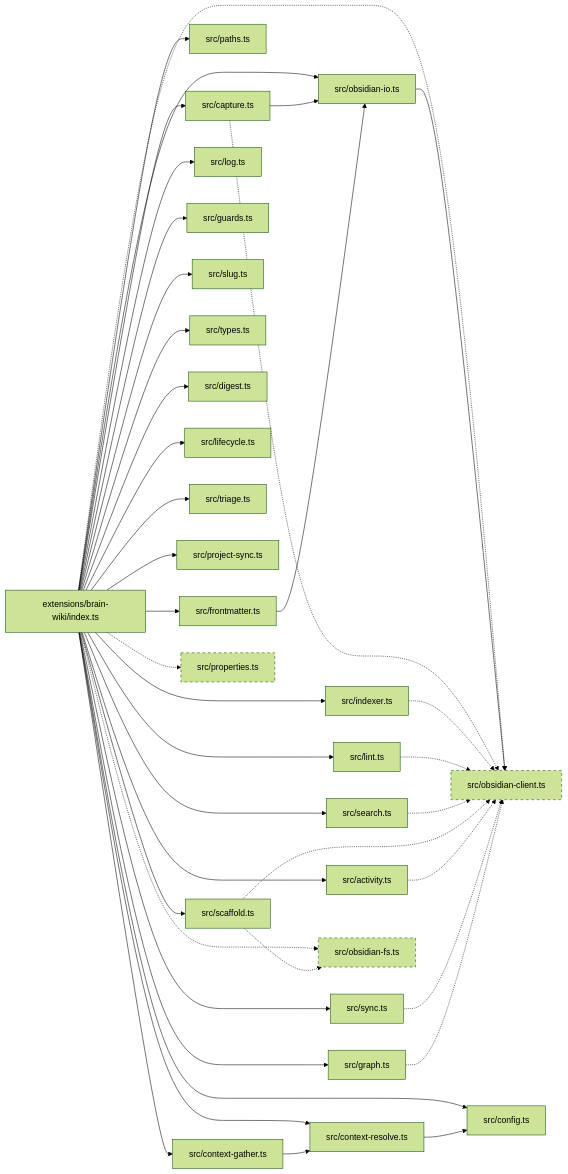
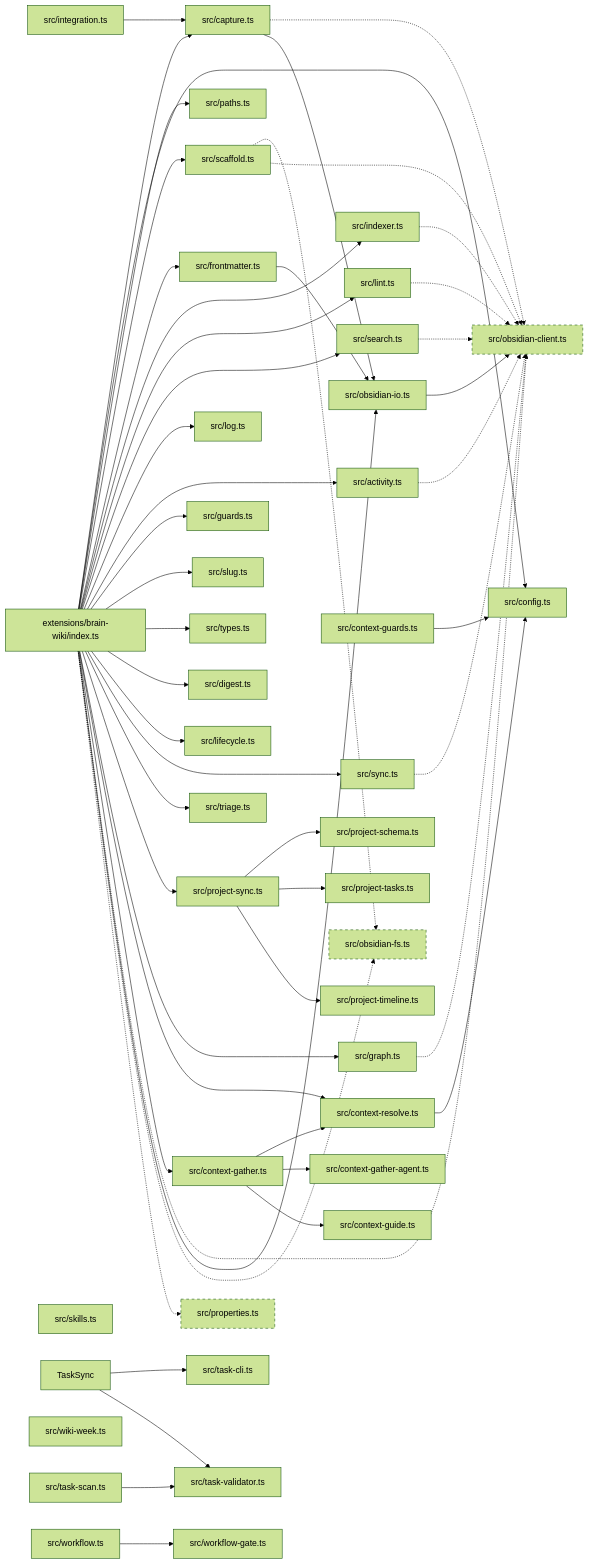
The diagram in repoWiki/01_maps/module_map.md (zhazhazuo/pi-brain-wiki), drawn with Mermaid (forest theme) before and after one commit. The commit also changed other lines of this file and 20 other files, not shown here.

```diff
--- a/repoWiki/01_maps/module_map.md
+++ b/repoWiki/01_maps/module_map.md
@@ -24,6 +24,20 @@
   Graph[src/graph.ts]
   ContextResolve[src/context-resolve.ts]
   ContextGather[src/context-gather.ts]
+  ContextGatherAgent[src/context-gather-agent.ts]
+  ContextGuards[src/context-guards.ts]
+  ContextGuide[src/context-guide.ts]
+  Integration[src/integration.ts]
+  Skills[src/skills.ts]
+  ProjectSchema[src/project-schema.ts]
+  ProjectTasks[src/project-tasks.ts]
+  ProjectTimeline[src/project-timeline.ts]
+  TaskCli[src/task-cli.ts]
+  TaskScan[src/task-scan.ts]
+  TaskValidator[src/task-validator.ts]
+  WikiWeek[src/wiki-week.ts]
+  Workflow[src/workflow.ts]
+  WorkflowGate[src/workflow-gate.ts]
   ObsidianIo[src/obsidian-io.ts]
 
   Index --> Capture
@@ -48,7 +62,18 @@
   Index --> ContextResolve
   Index --> ContextGather
   ContextGather --> ContextResolve
+  ContextGather --> ContextGatherAgent
+  ContextGather --> ContextGuide
   ContextResolve --> Config
+  ContextGuards --> Config
+  Integration --> Capture
+  Workflow --> WorkflowGate
+  TaskSync --> TaskCli
+  TaskSync --> TaskValidator
+  TaskScan --> TaskValidator
+  ProjectSync --> ProjectSchema
+  ProjectSync --> ProjectTasks
+  ProjectSync --> ProjectTimeline
   Index -.-> ObsidianClient[src/obsidian-client.ts]
   Index --> ObsidianIo
   ObsidianIo --> ObsidianClient
```
